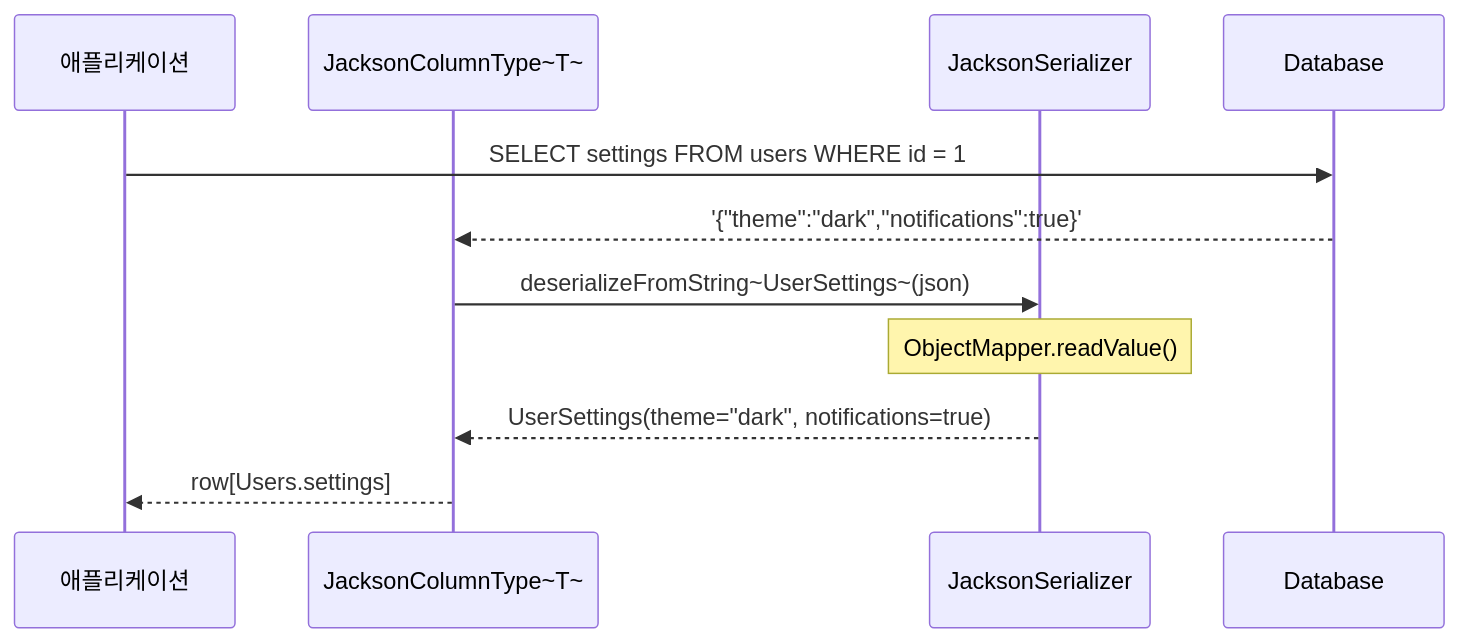
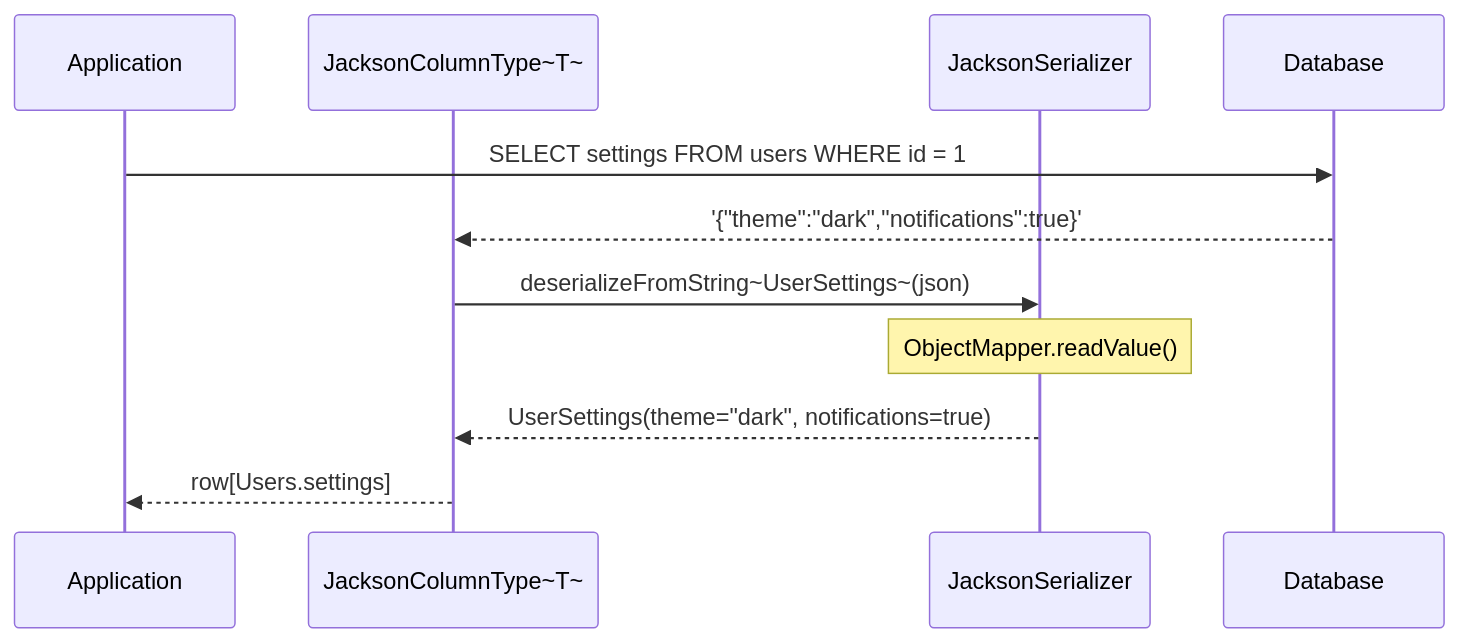
The fourth of 4 diagrams in data/exposed-jackson2/README.md (bluetape4k/bluetape4k-projects), drawn with Mermaid before and after one commit. The commit also changed other lines of this file and 265 other files, not shown here.

````diff
--- a/data/exposed-jackson2/README.md
+++ b/data/exposed-jackson2/README.md
@@ -196,14 +198,14 @@
 ```mermaid
 sequenceDiagram
-    participant App as 애플리케이션
+    participant App as Application
     participant Col as JacksonColumnType~T~
     participant Ser as JacksonSerializer
     participant DB as Database
 
     App->>DB: SELECT settings FROM users WHERE id = 1
     DB-->>Col: '{"theme":"dark","notifications":true}'
     Col->>Ser: deserializeFromString~UserSettings~(json)
     Note over Ser: ObjectMapper.readValue()
     Ser-->>Col: UserSettings(theme="dark", notifications=true)
     Col-->>App: row[Users.settings]
 ```
````
